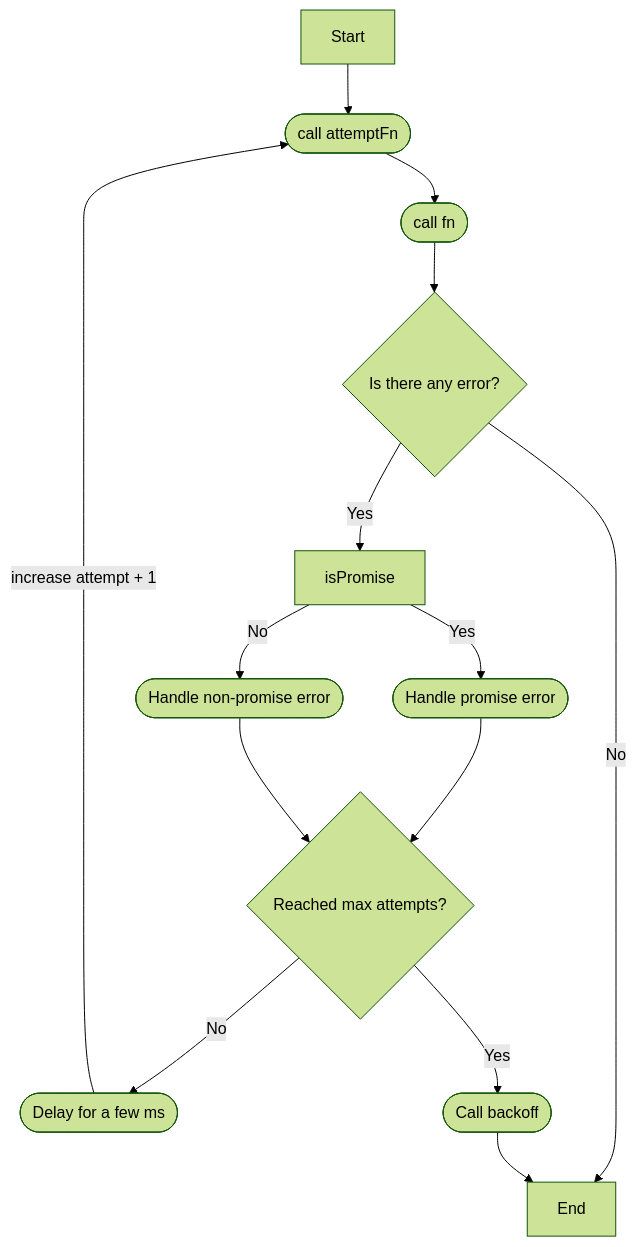
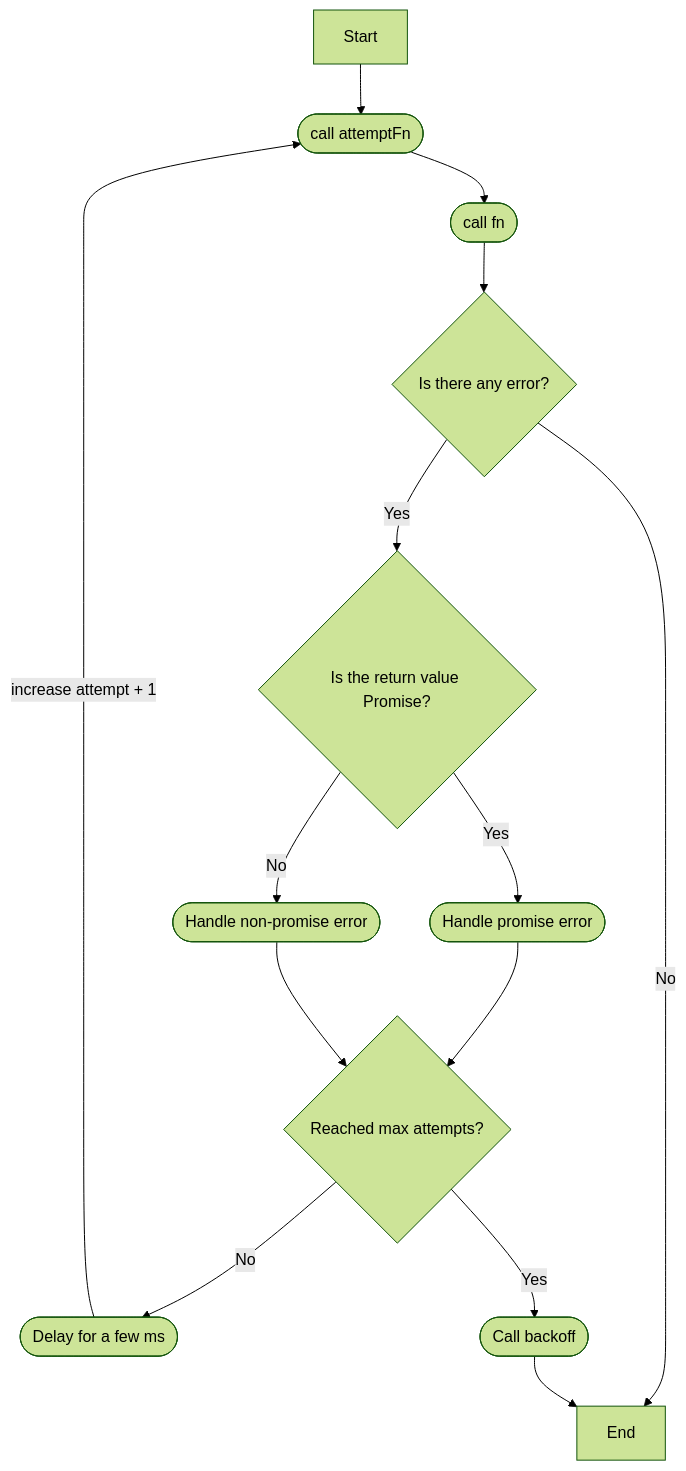
The diagram in README.md (JeHwanYoo/node-retry), drawn with Mermaid (forest theme) before and after one commit.

Commit message:
fix: wrong flowchart shape

````diff
--- a/README.md
+++ b/README.md
@@ -45,16 +45,16 @@
 ```mermaid
 flowchart
     Start --> attemptFn([call attemptFn])
     attemptFn --> callFn([call fn])
     callFn --> isError{Is there any error?}
-    isError -->|Yes| isPromise
+    isError -->|Yes| isPromise{Is the return value Promise?}
     isError -->|No| End
     isPromise -->|Yes| handlePromiseError([Handle promise error])
     isPromise -->|No| handleError([Handle non-promise error])
     handlePromiseError --> isMaxAttempt{Reached max attempts?}
     handleError --> isMaxAttempt
     isMaxAttempt -->|No| delay([Delay for a few ms])
     isMaxAttempt -->|Yes| backoff([Call backoff])
     delay -->|increase attempt + 1| attemptFn
     backoff --> End
 ```
````
